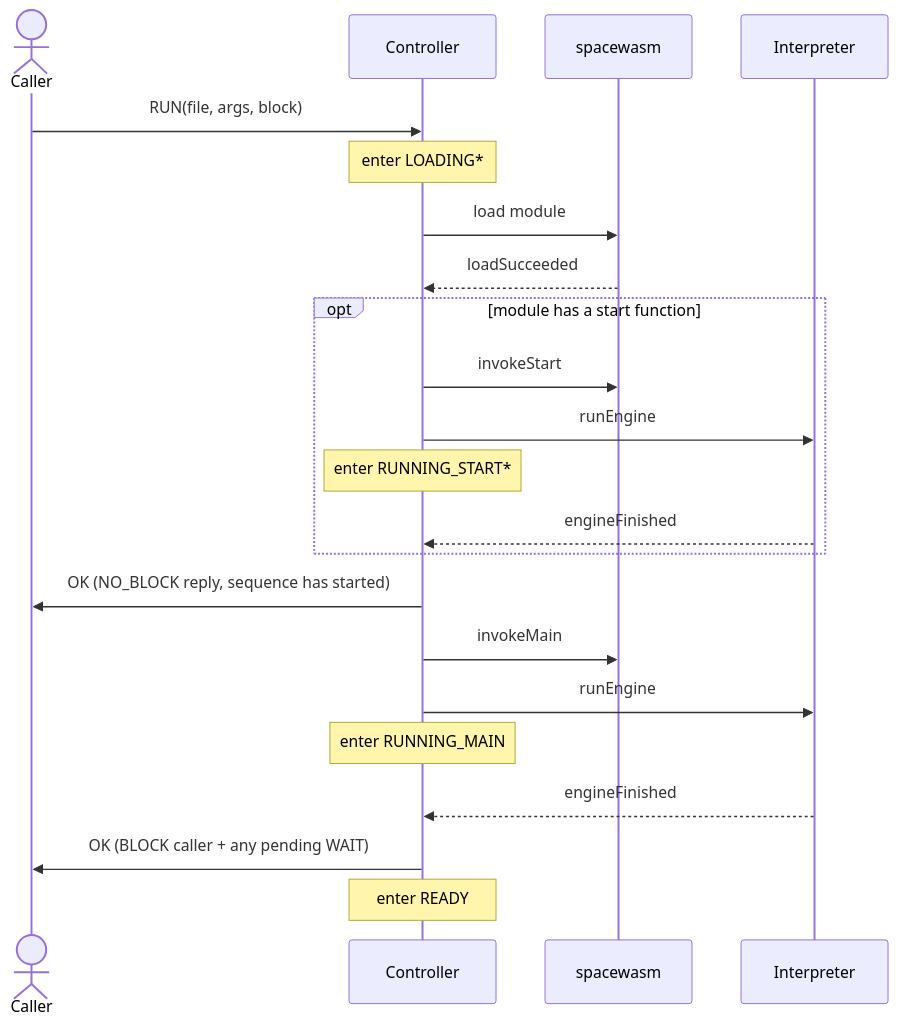
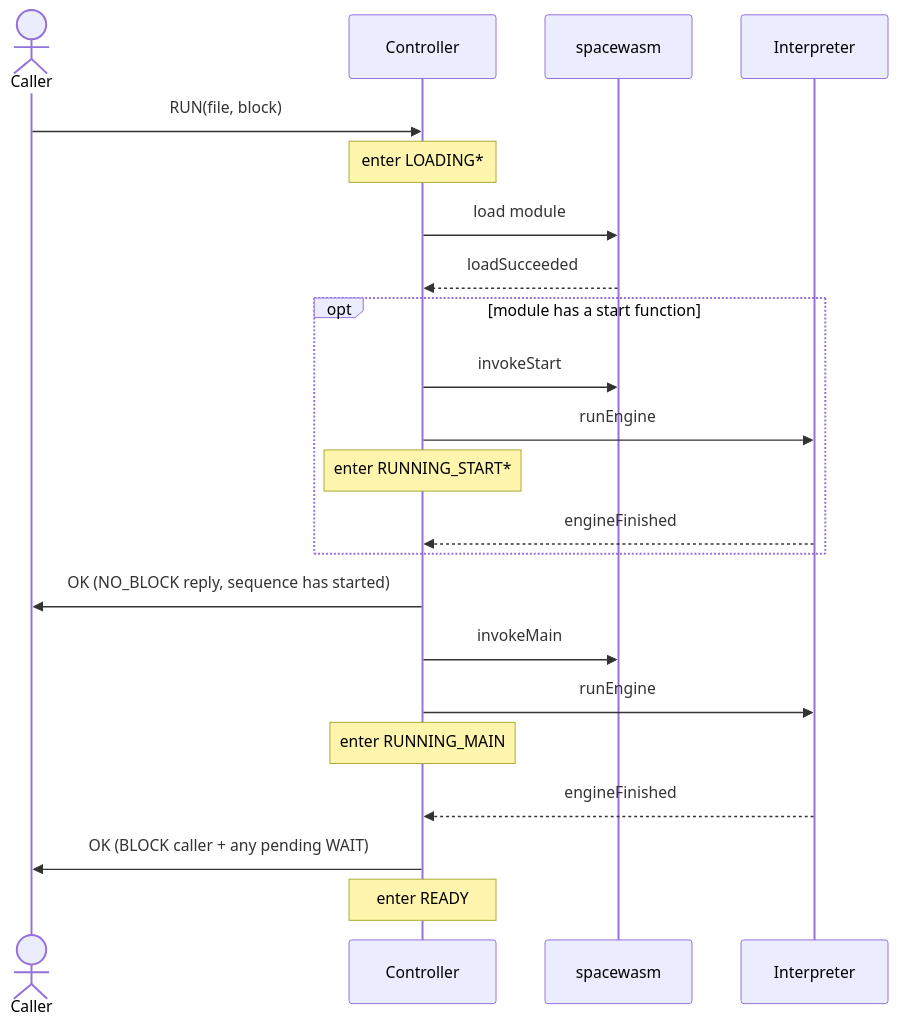
Before and after one commit to nasa/fprime: the first of 5 diagrams in Svc/WasmSequencer/docs/sdd.md, drawn with Mermaid. The commit also changed other lines of this file and 8 other files, not shown here.

Commit message:
Remove WasmSequencer Arguments

````diff
--- a/Svc/WasmSequencer/docs/sdd.md
+++ b/Svc/WasmSequencer/docs/sdd.md
@@ -196,28 +196,28 @@
 ```mermaid
 sequenceDiagram
     actor Caller
     participant Ctrl as Controller
     participant Engine as spacewasm
     participant Interp as Interpreter
 
-    Caller->>Ctrl: RUN(file, args, block)
+    Caller->>Ctrl: RUN(file, block)
     Note over Ctrl: enter LOADING*
     Ctrl->>Engine: load module
     Engine-->>Ctrl: loadSucceeded
 
     opt module has a start function
         Ctrl->>Engine: invokeStart
         Ctrl->>Interp: runEngine
         Note over Ctrl: enter RUNNING_START*
         Interp-->>Ctrl: engineFinished
     end
 
     Ctrl->>Caller: OK (NO_BLOCK reply, sequence has started)
 
     Ctrl->>Engine: invokeMain
     Ctrl->>Interp: runEngine
     Note over Ctrl: enter RUNNING_MAIN
     Interp-->>Ctrl: engineFinished
     Ctrl->>Caller: OK (BLOCK caller + any pending WAIT)
     Note over Ctrl: enter READY
 ```
````
